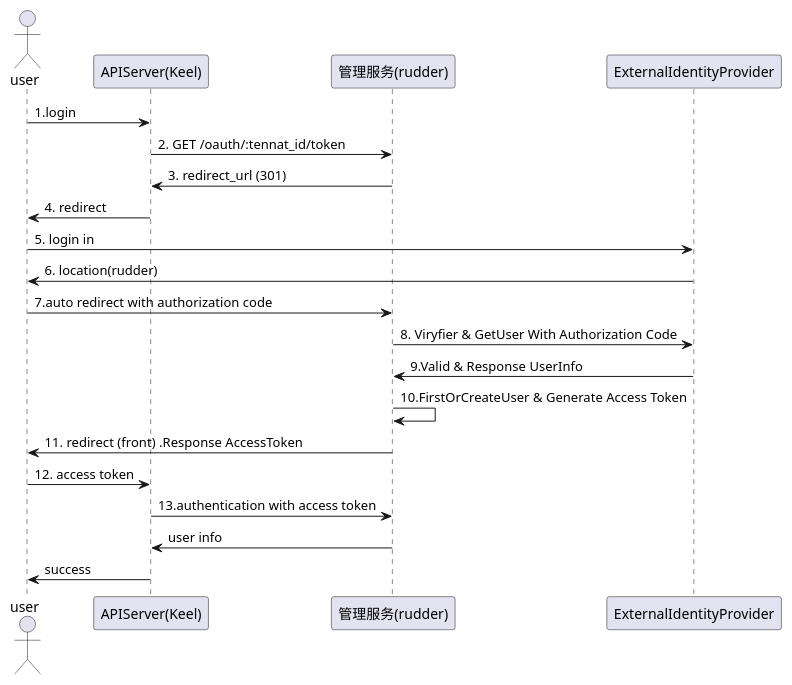
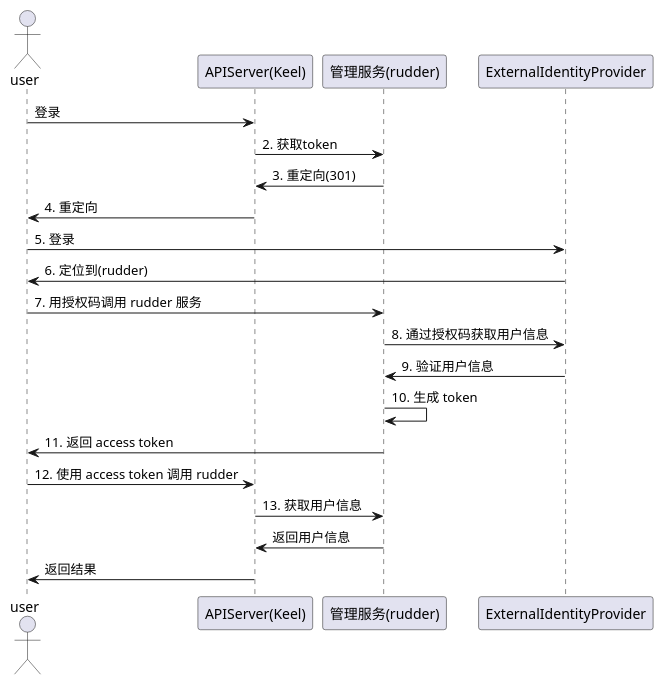
The sixth of 6 diagrams in docs/api/appendix/plantuml/tenant-manager-admin.md (tkeel-io/docs), drawn with PlantUML before and after one commit. The commit also changed other lines of this file, not shown here.

````diff
--- a/docs/api/appendix/plantuml/tenant-manager-admin.md
+++ b/docs/api/appendix/plantuml/tenant-manager-admin.md
@@ -97,26 +98,26 @@
 ```plantuml
 @startuml
 actor user
 participant "APIServer(Keel)"  as front
 participant "管理服务(rudder)"  as rudder
 
-user->front: 1.login
-front->rudder: 2. GET /oauth/:tennat_id/token
-rudder->front: 3. redirect_url (301)
-front->user: 4. redirect
-user->ExternalIdentityProvider: 5. login in
+user->front: 登录
+front->rudder: 2. 获取token
+rudder->front: 3. 重定向(301)
+front->user: 4. 重定向
+user->ExternalIdentityProvider: 5. 登录
 
-ExternalIdentityProvider->user: 6. location(rudder)
-user->rudder: 7.auto redirect with authorization code
-rudder->ExternalIdentityProvider: 8. Viryfier & GetUser With Authorization Code
-ExternalIdentityProvider->rudder: 9.Valid & Response UserInfo
-rudder->rudder: 10.FirstOrCreateUser & Generate Access Token
-rudder->user: 11. redirect (front) .Response AccessToken
-user->front: 12. access token
-front->rudder: 13.authentication with access token
-rudder-> front: user info
-front->user: success
+ExternalIdentityProvider->user: 6. 定位到(rudder)
+user->rudder: 7. 用授权码调用 rudder 服务
+rudder->ExternalIdentityProvider: 8. 通过授权码获取用户信息
+ExternalIdentityProvider->rudder: 9. 验证用户信息
+rudder->rudder: 10. 生成 token
+rudder->user: 11. 返回 access token
+user->front: 12. 使用 access token 调用 rudder
+front->rudder: 13. 获取用户信息
+rudder-> front: 返回用户信息
+front->user: 返回结果
 
 @enduml 
 
 ```
````
